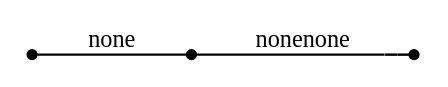
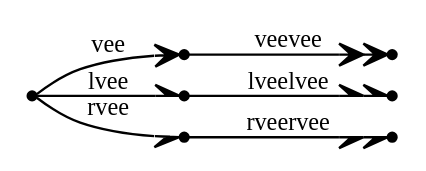
Before and after one commit to graphviz-perl/GraphViz2-Marpa-PathUtils: the diagram in out/clusters.out.08.008.gv, drawn with Graphviz. The commit also changed 39 other files, not shown here.

```diff
--- a/out/clusters.out.08.008.gv
+++ b/out/clusters.out.08.008.gv
@@ -1,9 +1,13 @@
 digraph G
 {
 	graph[rankdir = "LR" nodesep = "0"]
 	node[shape = "point" label = ""]
 	edge[fontsize = "10"]
-	_none -> none[arrowhead = "none" label = "none"]
-	none -> nonenone[arrowhead = "nonenone" label = "nonenone"]
+	_vee -> vee[arrowhead = "vee" label = "vee"]
+	vee -> veevee[arrowhead = "veevee" label = "veevee"]
+	_vee -> lvee[arrowhead = "lvee" label = "lvee"]
+	lvee -> lveelvee[arrowhead = "lveelvee" label = "lveelvee"]
+	_vee -> rvee[arrowhead = "rvee" label = "rvee"]
+	rvee -> rveervee[arrowhead = "rveervee" label = "rveervee"]
 
 }
```
